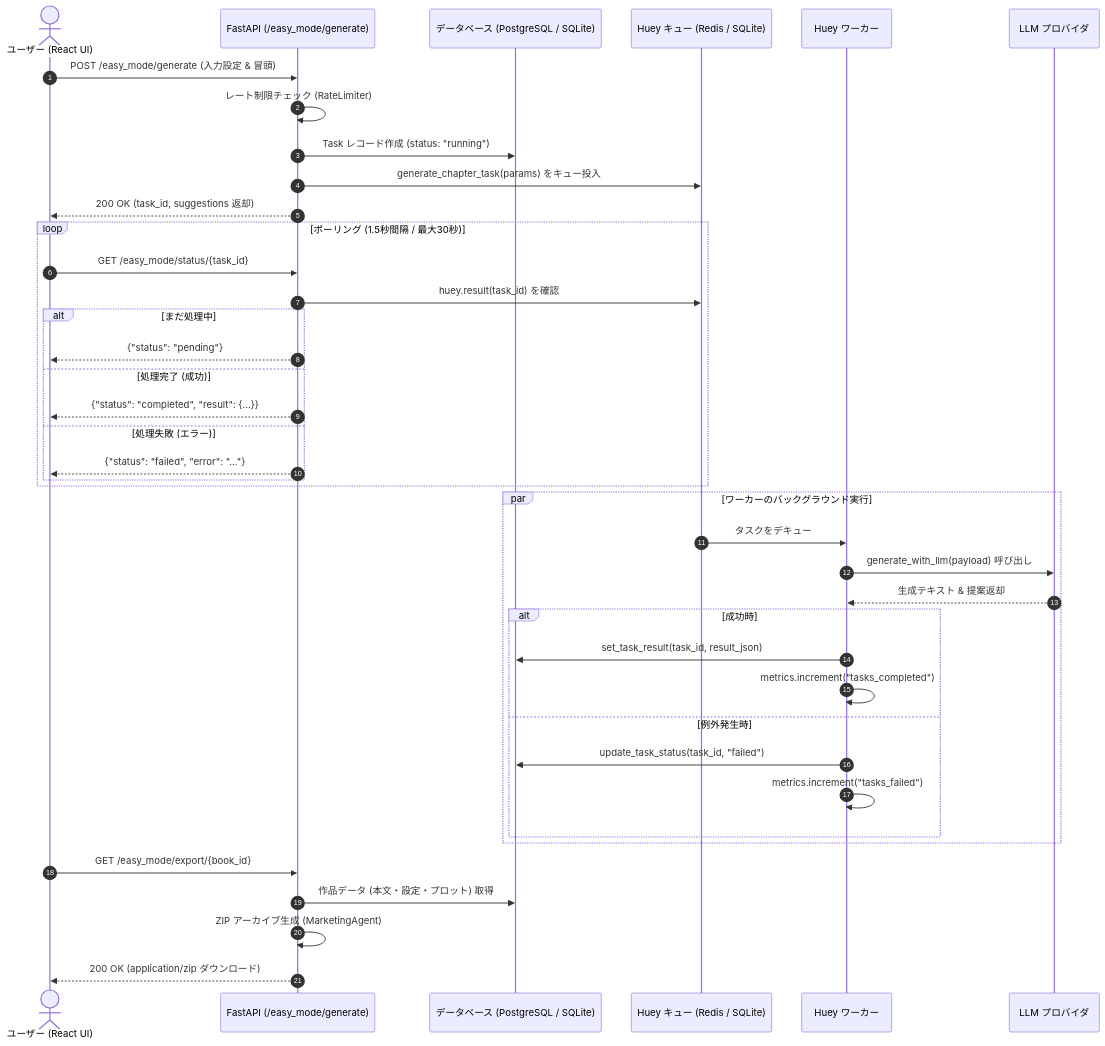
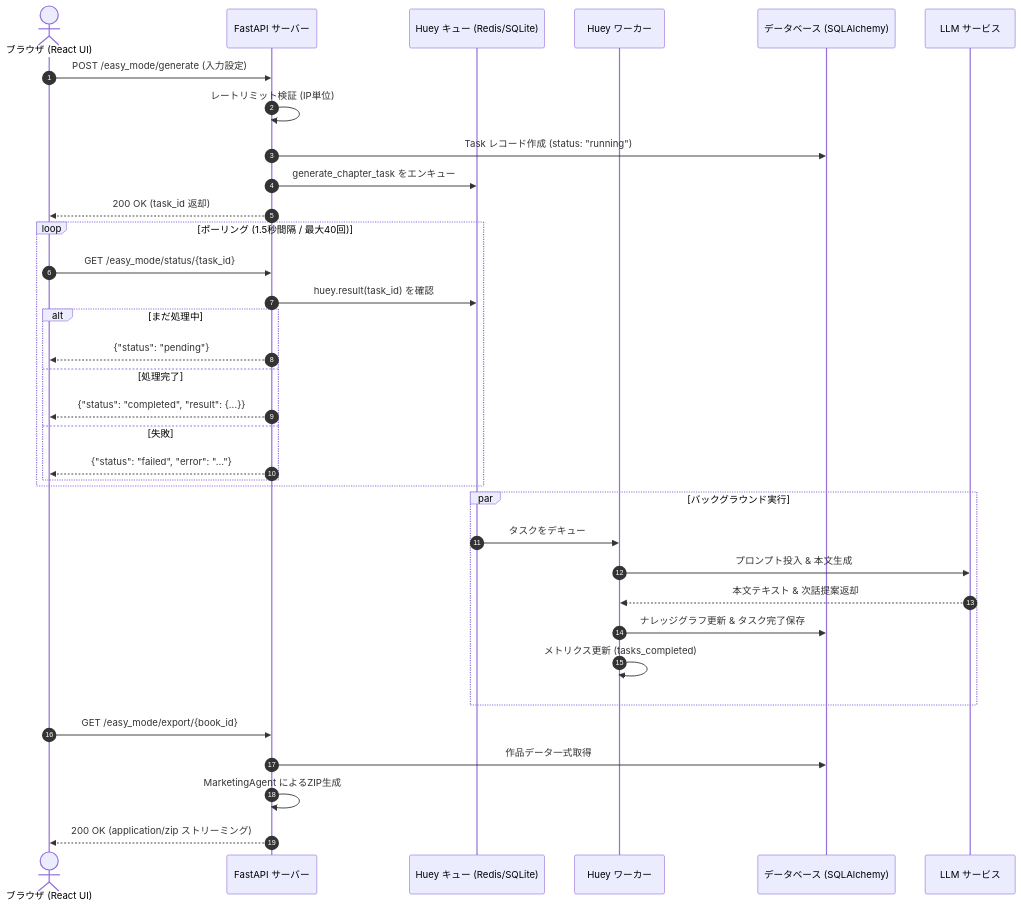
One commit to herbmatsui-spec/autonovel changed the fourth of 6 diagrams in README.md. Above: the diagram before and after it, drawn with Mermaid. The commit also changed other lines of this file and 3 other files, not shown here.

Commit message:
docs: expand README.md to 50k+ chars with comprehensive architecture, GraphRAG, and API reference

````diff
--- a/README.md
+++ b/README.md
@@ -150,46 +618,41 @@
 ```mermaid
 sequenceDiagram
     autonumber
-    actor User as ユーザー (React UI)
-    participant API as FastAPI (/easy_mode/generate)
-    participant DB as データベース (PostgreSQL / SQLite)
-    participant Queue as Huey キュー (Redis / SQLite)
+    actor Client as ブラウザ (React UI)
+    participant Server as FastAPI サーバー
+    participant Queue as Huey キュー (Redis/SQLite)
     participant Worker as Huey ワーカー
-    participant LLM as LLM プロバイダ
+    participant DB as データベース (SQLAlchemy)
+    participant LLM as LLM サービス
 
-    User->>API: POST /easy_mode/generate (入力設定 & 冒頭)
-    API->>API: レート制限チェック (RateLimiter)
-    API->>DB: Task レコード作成 (status: "running")
-    API->>Queue: generate_chapter_task(params) をキュー投入
-    API-->>User: 200 OK (task_id, suggestions 返却)
+    Client->>Server: POST /easy_mode/generate (入力設定)
+    Server->>Server: レートリミット検証 (IP単位)
+    Server->>DB: Task レコード作成 (status: "running")
+    Server->>Queue: generate_chapter_task をエンキュー
+    Server-->>Client: 200 OK (task_id 返却)
 
-    loop ポーリング (1.5秒間隔 / 最大30秒)
-        User->>API: GET /easy_mode/status/{task_id}
-        API->>Queue: huey.result(task_id) を確認
+    loop ポーリング (1.5秒間隔 / 最大40回)
+        Client->>Server: GET /easy_mode/status/{task_id}
+        Server->>Queue: huey.result(task_id) を確認
         alt まだ処理中
-            API-->>User: {"status": "pending"}
-        else 処理完了 (成功)
-            API-->>User: {"status": "completed", "result": {...}}
-        else 処理失敗 (エラー)
-            API-->>User: {"status": "failed", "error": "..."}
+            Server-->>Client: {"status": "pending"}
+        else 処理完了
+            Server-->>Client: {"status": "completed", "result": {...}}
+        else 失敗
+            Server-->>Client: {"status": "failed", "error": "..."}
         end
     end
 
-    par ワーカーのバックグラウンド実行
+    par バックグラウンド実行
         Queue->>Worker: タスクをデキュー
-        Worker->>LLM: generate_with_llm(payload) 呼び出し
-        LLM-->>Worker: 生成テキスト & 提案返却
-        alt 成功時
-            Worker->>DB: set_task_result(task_id, result_json)
-            Worker->>Worker: metrics.increment("tasks_completed")
-        else 例外発生時
-            Worker->>DB: update_task_status(task_id, "failed")
-            Worker->>Worker: metrics.increment("tasks_failed")
-        end
+        Worker->>LLM: プロンプト投入 & 本文生成
+        LLM-->>Worker: 本文テキスト & 次話提案返却
+        Worker->>DB: ナレッジグラフ更新 & タスク完了保存
+        Worker->>Worker: メトリクス更新 (tasks_completed)
     end
 
-    User->>API: GET /easy_mode/export/{book_id}
-    API->>DB: 作品データ (本文・設定・プロット) 取得
-    API->>API: ZIP アーカイブ生成 (MarketingAgent)
-    API-->>User: 200 OK (application/zip ダウンロード)
+    Client->>Server: GET /easy_mode/export/{book_id}
+    Server->>DB: 作品データ一式取得
+    Server->>Server: MarketingAgent によるZIP生成
+    Server-->>Client: 200 OK (application/zip ストリーミング)
 ```
````
